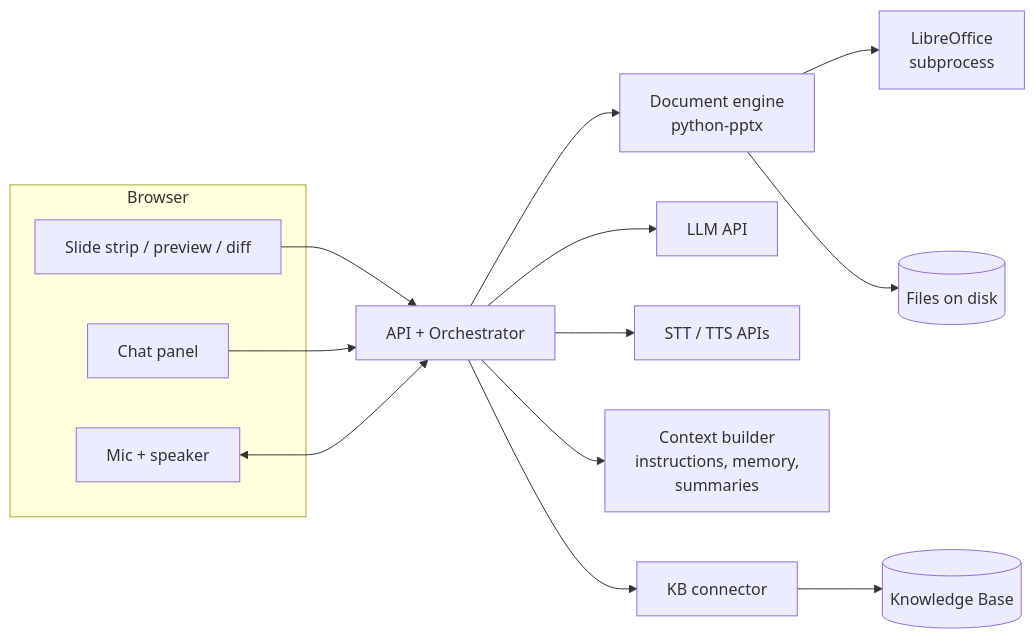
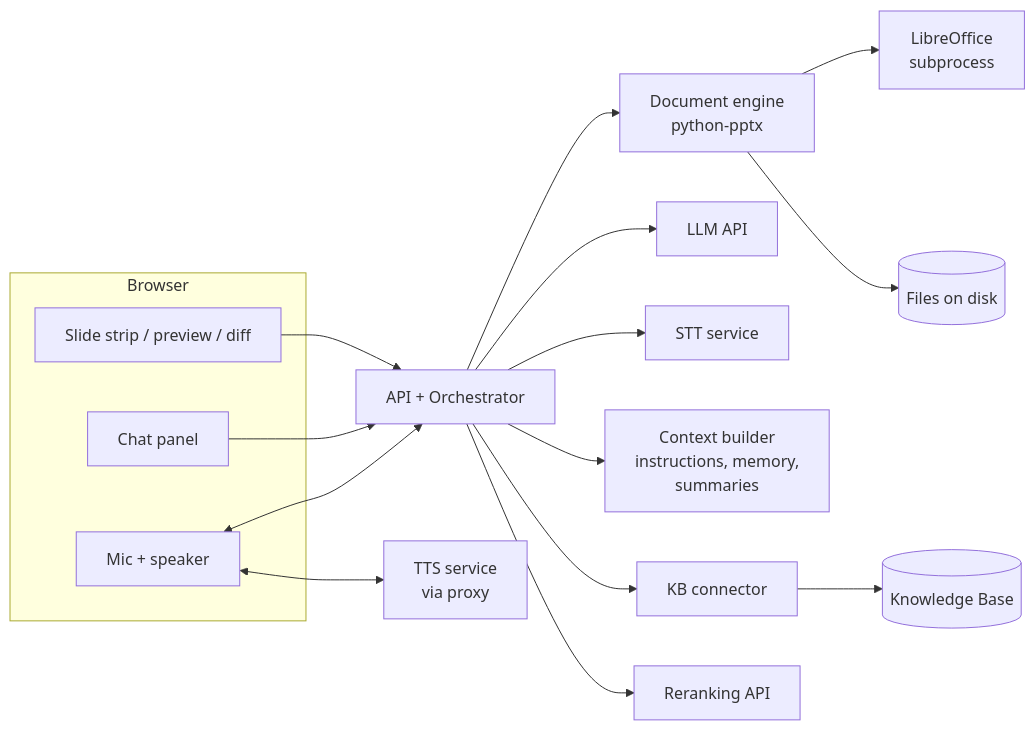
The first of 2 diagrams in documentation/AI Slide Assistant_ Project Specification.md (logus2k/pptx), drawn with Mermaid before and after one commit. The commit also changed other lines of this file and 9 other files, not shown here.

````diff
--- a/documentation/AI Slide Assistant_ Project Specification.md
+++ b/documentation/AI Slide Assistant_ Project Specification.md
@@ -152,19 +164,21 @@
 ```mermaid
 flowchart LR
   subgraph Browser
     UI[Slide strip / preview / diff]
     Chat[Chat panel]
     Mic[Mic + speaker]
   end
   UI --> API
   Chat --> API
   Mic <--> API
   API[API + Orchestrator] --> Engine[Document engine<br/>python-pptx]
   Engine --> Render[LibreOffice<br/>subprocess]
   API --> Model[LLM API]
-  API --> Speech[STT / TTS APIs]
+  API --> Speech[STT service]
+  Mic <--> TTS[TTS service<br/>via proxy]
   API --> Ctx[Context builder<br/>instructions, memory,<br/>summaries]
   API --> KB[KB connector]
+  API --> Search[Reranking API]
   KB --> KBStore[(Knowledge Base)]
   Engine --> Store[(Files on disk)]
 ```
````
